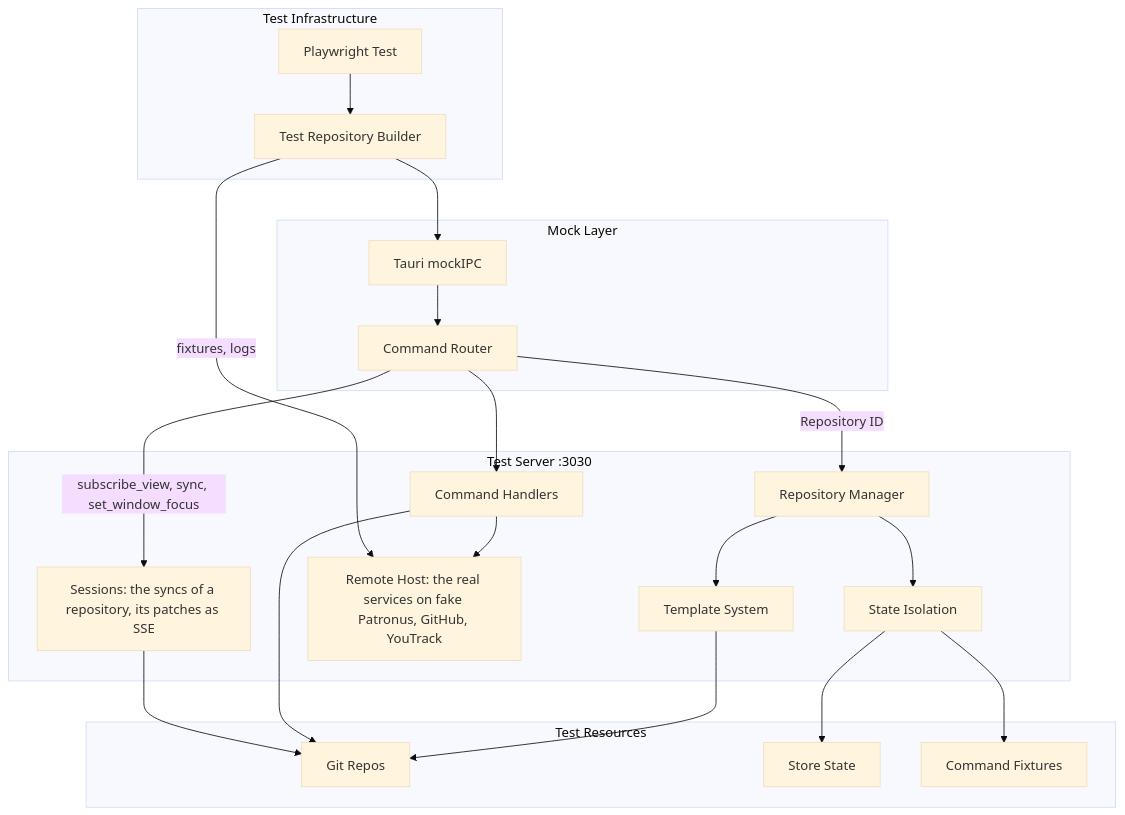
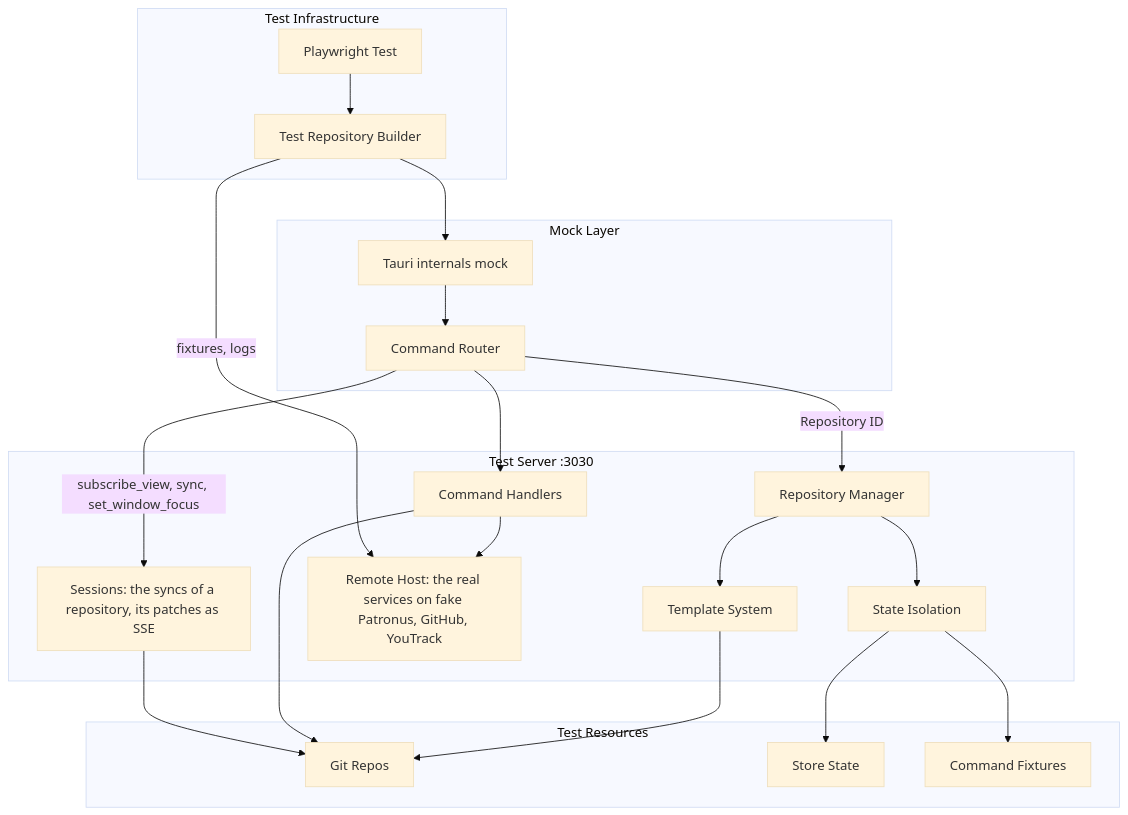
The first of 2 diagrams in docs/design/e2e-testing.md (develar/branch-deck), drawn with Mermaid (base theme) before and after one commit. The commit also changed other lines of this file and 2 other files, not shown here.

````diff
--- a/docs/design/e2e-testing.md
+++ b/docs/design/e2e-testing.md
@@ -21,43 +21,43 @@
 ```mermaid
 flowchart TB
     subgraph "Test Infrastructure"
         A[Playwright Test]
         B[Test Repository Builder]
     end
     
     subgraph "Mock Layer"
-        C[Tauri mockIPC]
+        C[Tauri internals mock]
         D[Command Router]
     end
     
     subgraph "Test Server :3030"
         E[Repository Manager]
         F[Template System]
         G[State Isolation]
         H[Command Handlers]
         L[Remote Host: the real services on fake Patronus, GitHub, YouTrack]
         S[Sessions: the syncs of a repository, its patches as SSE]
     end
     
     subgraph "Test Resources"
         I[Git Repos]
         J[Store State]
         K[Command Fixtures]
     end
     
     A --> B
     B --> C
     C --> D
     D -->|Repository ID| E
     E --> F
     F --> I
     E --> G
     G --> J
     G --> K
     D --> H
     H --> I
     H --> L
     D -->|subscribe_view, sync, set_window_focus| S
     S --> I
     B -->|fixtures, logs| L
 ```
````
